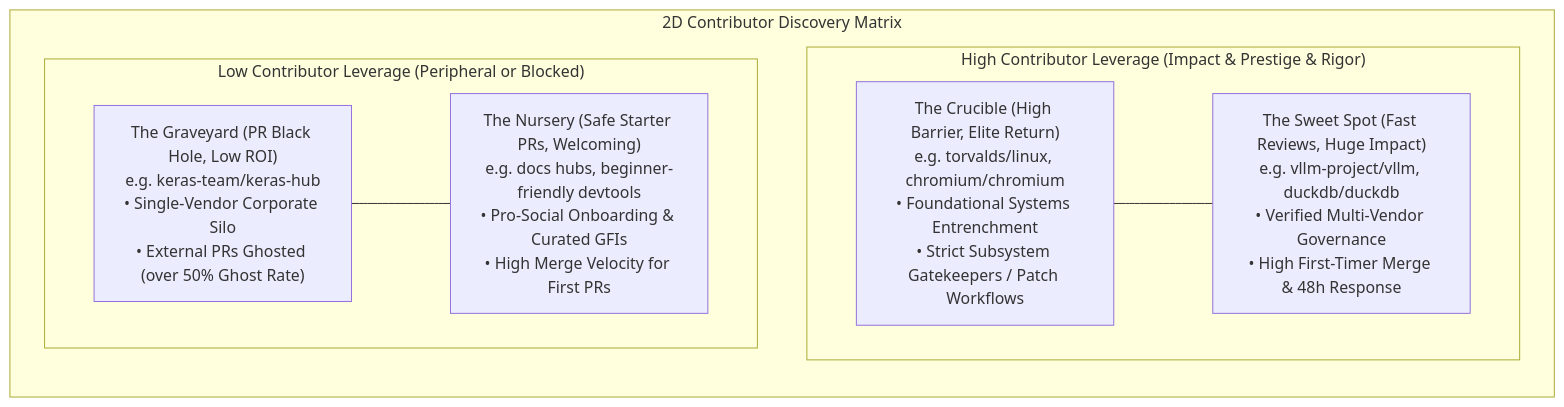
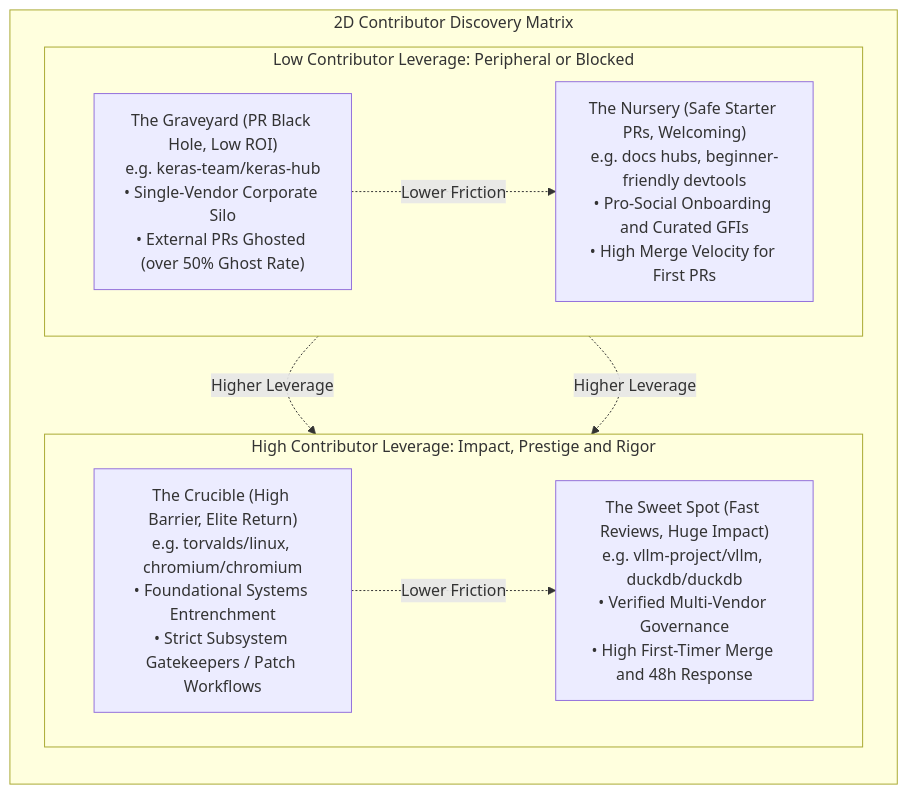
Before and after one commit to pctablet505/porchlamp-engine: the first of 2 diagrams in README.md, drawn with Mermaid. The commit also changed other lines of this file and 3 other files, not shown here.

Commit message:
docs: resolve all GFM, KaTeX, and Mermaid rendering issues across architecture and UI specs

````diff
--- a/README.md
+++ b/README.md
@@ -44,18 +49,20 @@
 ```mermaid
 flowchart TB
     subgraph Matrix ["2D Contributor Discovery Matrix"]
         direction TB
-        subgraph TopRow ["High Contributor Leverage (Impact & Prestige & Rigor)"]
+        subgraph TopRow ["High Contributor Leverage: Impact, Prestige and Rigor"]
             direction LR
-            Crucible["The Crucible (High Barrier, Elite Return)<br/>e.g. torvalds/linux, chromium/chromium<br/>&bull; Foundational Systems Entrenchment<br/>&bull; Strict Subsystem Gatekeepers / Patch Workflows"]
-            SweetSpot["The Sweet Spot (Fast Reviews, Huge Impact)<br/>e.g. vllm-project/vllm, duckdb/duckdb<br/>&bull; Verified Multi-Vendor Governance<br/>&bull; High First-Timer Merge & 48h Response"]
+            Crucible["The Crucible (High Barrier, Elite Return)<br/>e.g. torvalds/linux, chromium/chromium<br/>• Foundational Systems Entrenchment<br/>• Strict Subsystem Gatekeepers / Patch Workflows"]
+            SweetSpot["The Sweet Spot (Fast Reviews, Huge Impact)<br/>e.g. vllm-project/vllm, duckdb/duckdb<br/>• Verified Multi-Vendor Governance<br/>• High First-Timer Merge and 48h Response"]
         end
-        subgraph BottomRow ["Low Contributor Leverage (Peripheral or Blocked)"]
+        subgraph BottomRow ["Low Contributor Leverage: Peripheral or Blocked"]
             direction LR
-            Graveyard["The Graveyard (PR Black Hole, Low ROI)<br/>e.g. keras-team/keras-hub<br/>&bull; Single-Vendor Corporate Silo<br/>&bull; External PRs Ghosted (over 50% Ghost Rate)"]
-            Nursery["The Nursery (Safe Starter PRs, Welcoming)<br/>e.g. docs hubs, beginner-friendly devtools<br/>&bull; Pro-Social Onboarding & Curated GFIs<br/>&bull; High Merge Velocity for First PRs"]
+            Graveyard["The Graveyard (PR Black Hole, Low ROI)<br/>e.g. keras-team/keras-hub<br/>• Single-Vendor Corporate Silo<br/>• External PRs Ghosted (over 50% Ghost Rate)"]
+            Nursery["The Nursery (Safe Starter PRs, Welcoming)<br/>e.g. docs hubs, beginner-friendly devtools<br/>• Pro-Social Onboarding and Curated GFIs<br/>• High Merge Velocity for First PRs"]
         end
     end
-    Crucible --- SweetSpot
-    Graveyard --- Nursery
+    Crucible -. "Lower Friction" .-> SweetSpot
+    Graveyard -. "Lower Friction" .-> Nursery
+    Graveyard -. "Higher Leverage" .-> Crucible
+    Nursery -. "Higher Leverage" .-> SweetSpot
 ```
````
